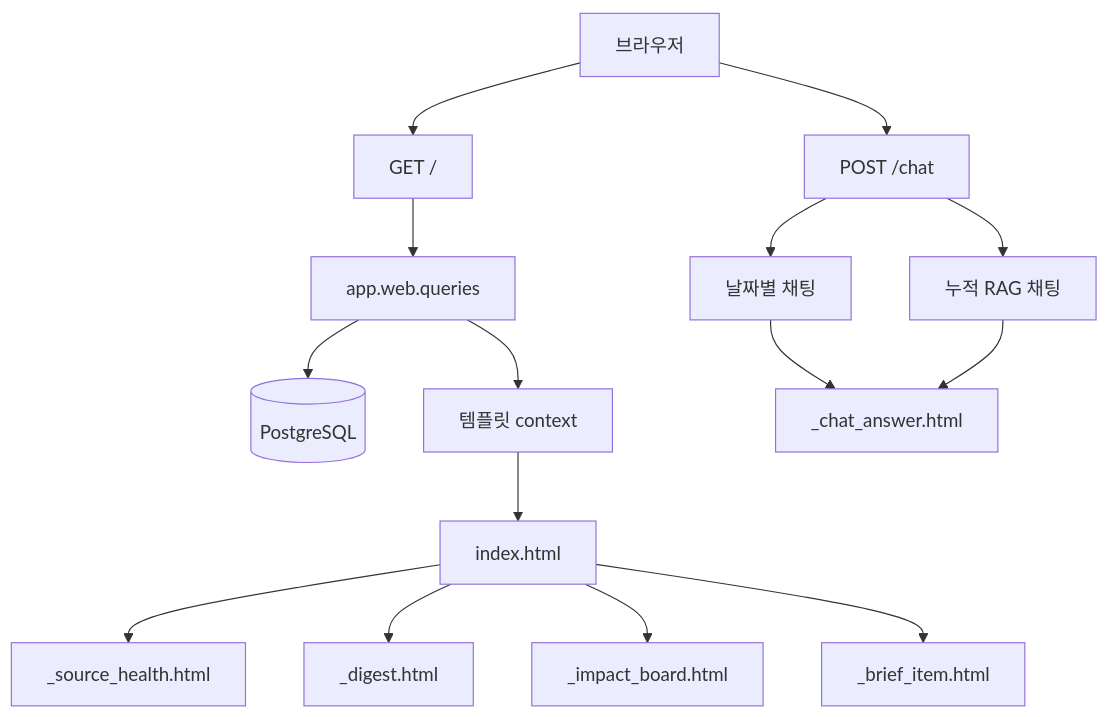
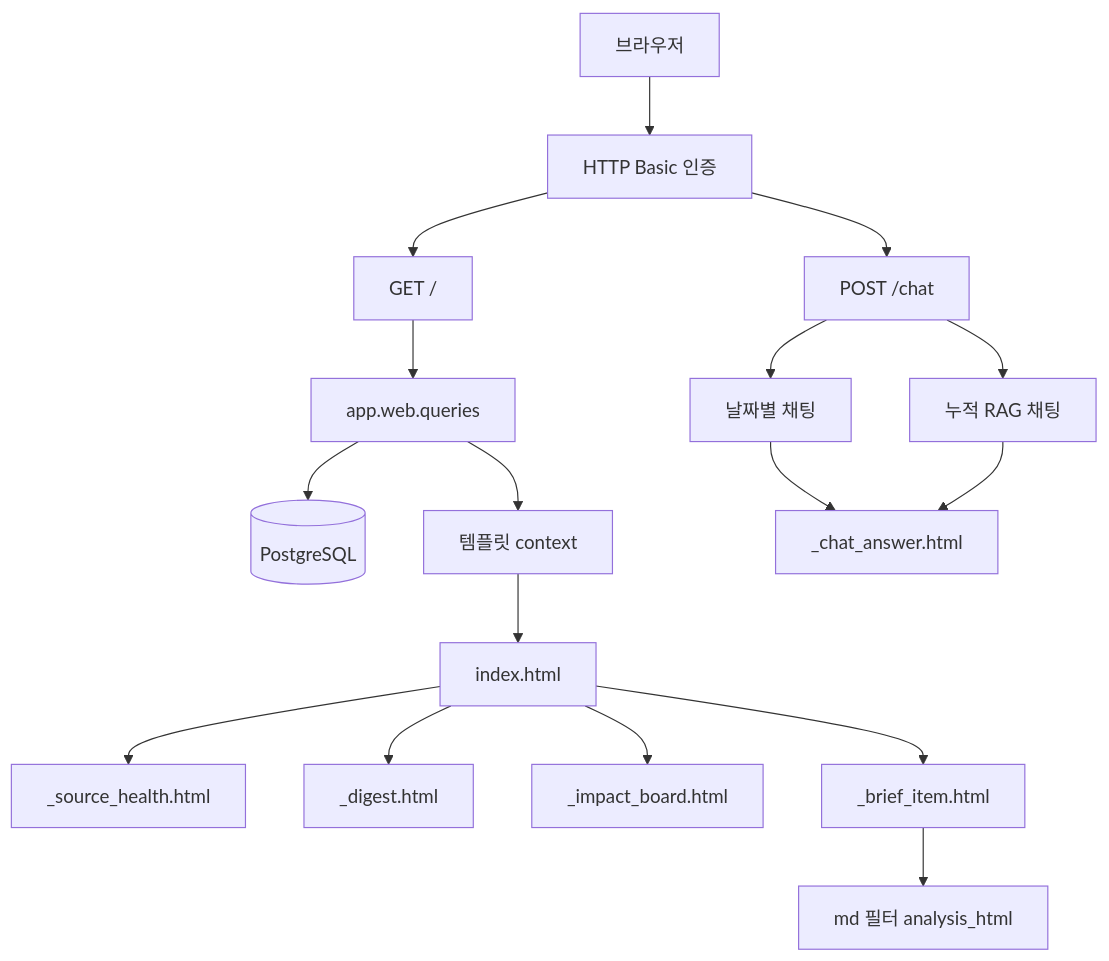
One commit to SJayKim/finance_agent changed the first of 2 diagrams in docs/learnings/06-dashboard-and-chat-ui.md. Above: the diagram before and after it, drawn with Mermaid. The commit also changed other lines of this file and 10 other files, not shown here.

````diff
--- a/docs/learnings/06-dashboard-and-chat-ui.md
+++ b/docs/learnings/06-dashboard-and-chat-ui.md
@@ -13,18 +15,20 @@
 ```mermaid
 flowchart TD
-    Browser[브라우저] --> DashboardRoute[GET /]
+    Browser[브라우저] --> Auth[HTTP Basic 인증]
+    Auth --> DashboardRoute[GET /]
     DashboardRoute --> Queries[app.web.queries]
     Queries --> DB[(PostgreSQL)]
     Queries --> Context[템플릿 context]
     Context --> Index[index.html]
     Index --> Health[_source_health.html]
     Index --> Digest[_digest.html]
     Index --> Board[_impact_board.html]
     Index --> Brief[_brief_item.html]
+    Brief --> Md[md 필터 analysis_html]
 
-    Browser --> ChatRoute[POST /chat]
+    Auth --> ChatRoute[POST /chat]
     ChatRoute --> DateChat[날짜별 채팅]
     ChatRoute --> RagChat[누적 RAG 채팅]
     DateChat --> ChatPartial[_chat_answer.html]
     RagChat --> ChatPartial
 ```
````
